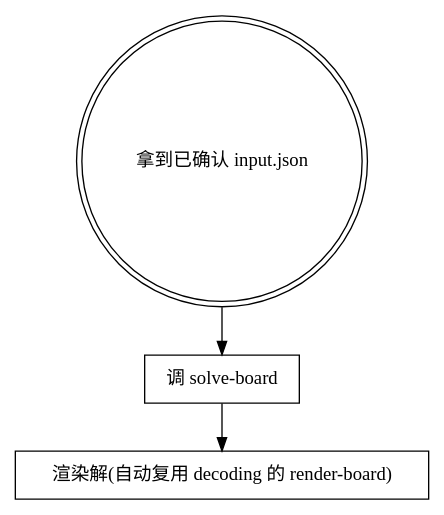
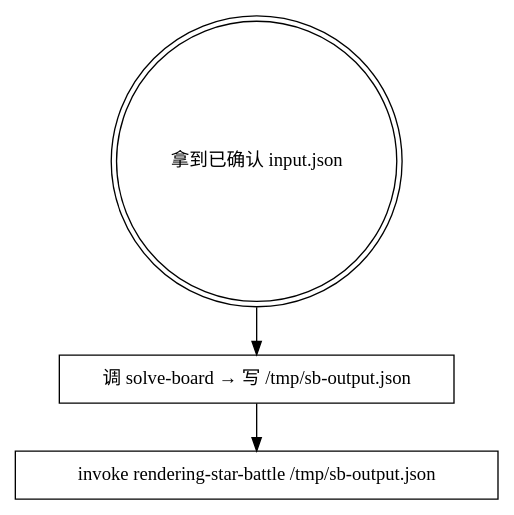
Before and after one commit to HakurouKen/puzzle-solver: the diagram in packages/star-battle/skills/solving-star-battle/SKILL.md, drawn with Graphviz. The commit also changed other lines of this file and 1 other file, not shown here.

Commit message:
docs: SKILL.md 适配 skill-first / output.json / invoke rendering

````diff
--- a/packages/star-battle/skills/solving-star-battle/SKILL.md
+++ b/packages/star-battle/skills/solving-star-battle/SKILL.md
@@ -14,8 +12,9 @@
 ```dot
 digraph flow {
     "拿到已确认 input.json" [shape=doublecircle];
-    "调 solve-board" [shape=box];
-    "渲染解(自动复用 decoding 的 render-board)" [shape=box];
-    "拿到已确认 input.json" -> "调 solve-board" -> "渲染解(自动复用 decoding 的 render-board)";
+    "调 solve-board → 写 /tmp/sb-output.json" [shape=box];
+    "invoke rendering-star-battle /tmp/sb-output.json" [shape=box];
+    "拿到已确认 input.json" -> "调 solve-board → 写 /tmp/sb-output.json"
+        -> "invoke rendering-star-battle /tmp/sb-output.json";
 }
 ```
````
